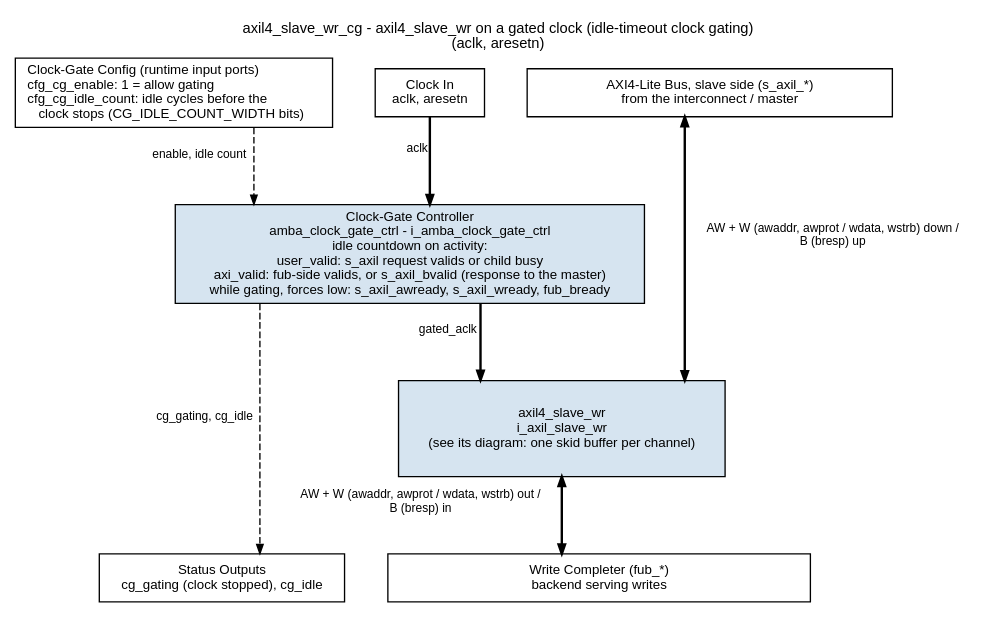
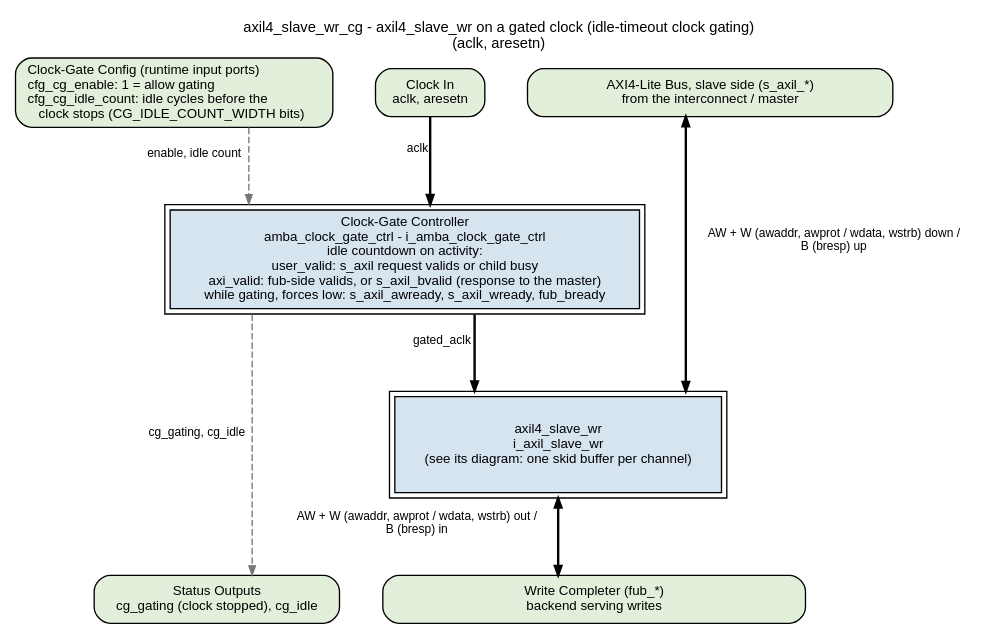
One commit to sean-galloway/RTLDesignSherpa changed the diagram in docs/markdown/assets/rtl-amba/graphviz/axil4_slave_wr_cg.dot. Above: the diagram before and after it, drawn with Graphviz. The commit also changed 1165 other files, not shown here.

First line of the commit message:
docs: every block diagram converted to the element key v3 (641 rendered)

```diff
--- a/docs/markdown/assets/rtl-amba/graphviz/axil4_slave_wr_cg.dot
+++ b/docs/markdown/assets/rtl-amba/graphviz/axil4_slave_wr_cg.dot
@@ -1,37 +1,37 @@
 // axil4_slave_wr_cg block diagram - house style (vault/handbook/authoring/block-diagrams.md).
 // Variant of axil4_slave_wr: the wrapped module is ONE child box (see its own diagram);
 // only what this wrapper adds is drawn. Generated from the axil4 variant template.
 // Source of truth: rtl/amba/axil4/axil4_slave_wr_cg.sv.
 digraph axil4_slave_wr_cg {
     graph [rankdir=TB, bgcolor="white", fontname="Helvetica", fontsize=11,
            nodesep="0.45", ranksep="0.80", splines=ortho, newrank=true,
            label="axil4_slave_wr_cg - axil4_slave_wr on a gated clock (idle-timeout clock gating)\n(aclk, aresetn)",
            labelloc=t, labeljust=c];
     node  [fontname="Helvetica", fontsize=10, shape=box, style=filled,
-           fillcolor="#D6E4F0", color="black", margin="0.12,0.06"];
+           fillcolor="white", color="black", margin="0.12,0.06"];
     edge  [fontname="Helvetica", fontsize=9, color="black", arrowsize=0.7];
 
-    top   [label="AXI4-Lite Bus, slave side (s_axil_*)\nfrom the interconnect / master", fillcolor="white", width=3.8];
-    child [label="axil4_slave_wr\ni_axil_slave_wr\n(see its diagram: one skid buffer per channel)", width=3.4, height=1.0];
-    bot   [label="Write Completer (fub_*)\nbackend serving writes", fillcolor="white", width=4.4];
+    top   [label="AXI4-Lite Bus, slave side (s_axil_*)\nfrom the interconnect / master", fillcolor="white", width=3.8, style="rounded,filled", fillcolor="#E2EFDA"];
+    child [label="axil4_slave_wr\ni_axil_slave_wr\n(see its diagram: one skid buffer per channel)", width=3.4, height=1.0, peripheries=2, style="filled", fillcolor="#D6E4F0"];
+    bot   [label="Write Completer (fub_*)\nbackend serving writes", fillcolor="white", width=4.4, style="rounded,filled", fillcolor="#E2EFDA"];
 
-    clk   [label="Clock In\naclk, aresetn", fillcolor="white"];
-    cfg   [label="Clock-Gate Config (runtime input ports)\lcfg_cg_enable: 1 = allow gating\lcfg_cg_idle_count: idle cycles before the\l    clock stops (CG_IDLE_COUNT_WIDTH bits)\l", fillcolor="white"];
-    cgc   [label="Clock-Gate Controller\namba_clock_gate_ctrl - i_amba_clock_gate_ctrl\nidle countdown on activity:\nuser_valid: s_axil request valids or child busy\naxi_valid: fub-side valids, or s_axil_bvalid (response to the master)\nwhile gating, forces low: s_axil_awready, s_axil_wready, fub_bready"];
-    cgo   [label="Status Outputs\ncg_gating (clock stopped), cg_idle", fillcolor="white"];
+    clk   [label="Clock In\naclk, aresetn", fillcolor="white", style="rounded,filled", fillcolor="#E2EFDA"];
+    cfg   [label="Clock-Gate Config (runtime input ports)\lcfg_cg_enable: 1 = allow gating\lcfg_cg_idle_count: idle cycles before the\l    clock stops (CG_IDLE_COUNT_WIDTH bits)\l", fillcolor="white", style="rounded,filled", fillcolor="#E2EFDA"];
+    cgc   [label="Clock-Gate Controller\namba_clock_gate_ctrl - i_amba_clock_gate_ctrl\nidle countdown on activity:\nuser_valid: s_axil request valids or child busy\naxi_valid: fub-side valids, or s_axil_bvalid (response to the master)\nwhile gating, forces low: s_axil_awready, s_axil_wready, fub_bready", peripheries=2, style="filled", fillcolor="#D6E4F0"];
+    cgo   [label="Status Outputs\ncg_gating (clock stopped), cg_idle", fillcolor="white", style="rounded,filled", fillcolor="#E2EFDA"];
     clk -> cgc  [xlabel="aclk", penwidth=1.8];
-    cfg -> cgc  [style=dashed, xlabel="enable, idle count"];
+    cfg -> cgc  [style=dashed, color="#777777", xlabel="enable, idle count"];
     cgc -> child [xlabel="gated_aclk", penwidth=1.8];
-    cgc -> cgo  [style=dashed, xlabel="cg_gating, cg_idle"];
+    cgc -> cgo  [style=dashed, color="#777777", xlabel="cg_gating, cg_idle"];
 
     top   -> child [dir=both, xlabel="AW + W (awaddr, awprot / wdata, wstrb) down /\nB (bresp) up", penwidth=1.8];
     child -> bot   [dir=both, xlabel="AW + W (awaddr, awprot / wdata, wstrb) out /\nB (bresp) in", penwidth=1.8];
 
     { rank=same; clk; cfg; top; }
     cfg -> clk [style=invis]; clk -> top [style=invis];
     { rank=same; cgc; }
     { rank=same; child; }
     cgc -> child [style=invis];
     { rank=same; bot; cgo; }
     cgo -> bot [style=invis];
 }
```
